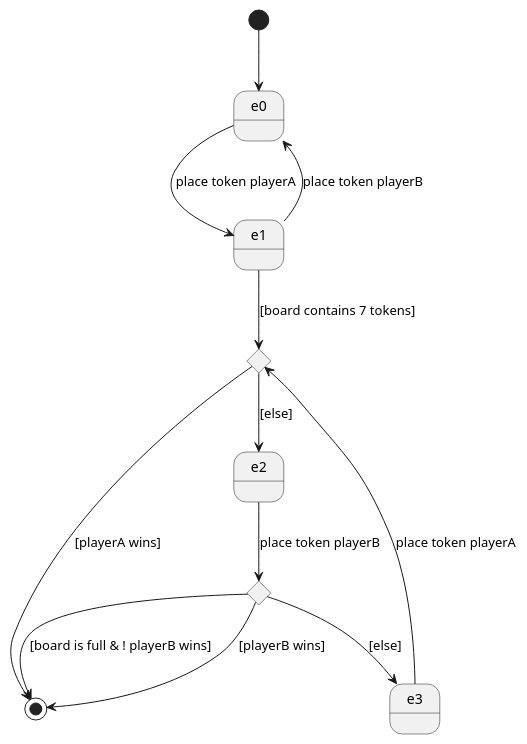
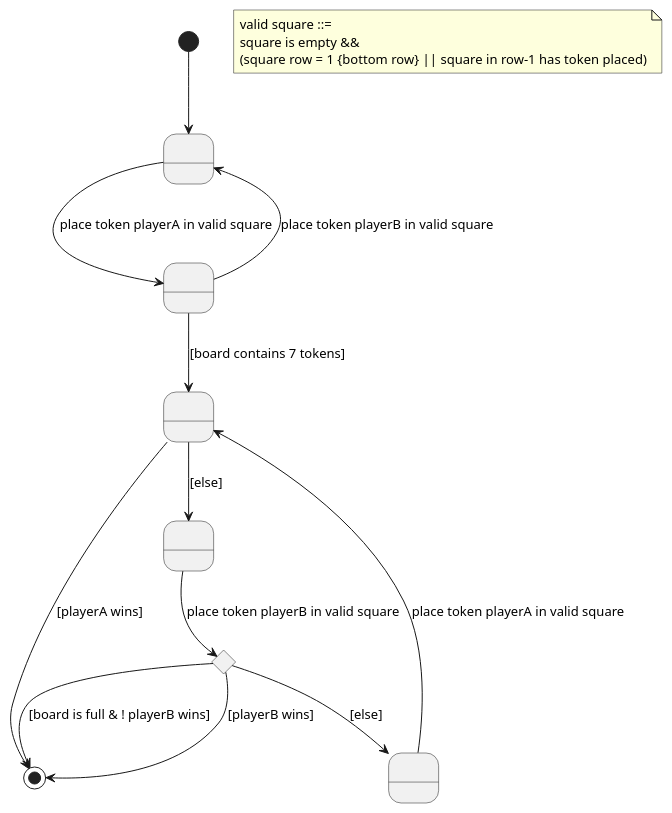
One commit to PabloMartinFluvia/IT-School changed the diagram in MPDS/Connect4/docs/src/domain model states.plantuml. Above: the diagram before and after it, drawn with PlantUML. The commit also changed 14 other files, not shown here.

```diff
--- a/MPDS/Connect4/docs/src/domain model states.plantuml
+++ b/MPDS/Connect4/docs/src/domain model states.plantuml
@@ -1,27 +1,32 @@
 @startuml
 
-state e0
-state e1
-state c0 <<choice>>
-state e2
+state " " as e0
+state " " as e1
+state " " as e2
+state " " as e3
 state c1 <<choice>>
-state e3
+state " " as e4
 
 
 [*] --> e0
-e0 --> e1 : place token playerA
-e1 --> c0 : [board contains 7 tokens]
-e1 --> e0 : place token playerB
-c0 --> [*] : [playerA wins]
-c0 --> e2 : [else]
-e2 --> c1 : place token playerB
+e0 --> e1 : place token playerA in valid square
+e1 --> e2 : [board contains 7 tokens]
+e1 --> e0 : place token playerB in valid square
+e2 --> [*] : [playerA wins]
+e2 --> e3 : [else]
+e3 --> c1 : place token playerB in valid square
 c1 --> [*] : [playerB wins]
 c1 --> [*]: [board is full & ! playerB wins]
-c1 --> e3 : [else]
-e3 --> c0 : place token playerA
+c1 --> e4 : [else]
+e4--> e2 : place token playerA in valid square
 
+note as ruleNote
+valid square ::=
+square is empty &&
+(square row = 1 {bottom row} || square in row-1 has token placed)
+end note
 
 
 
 
 @enduml
```
